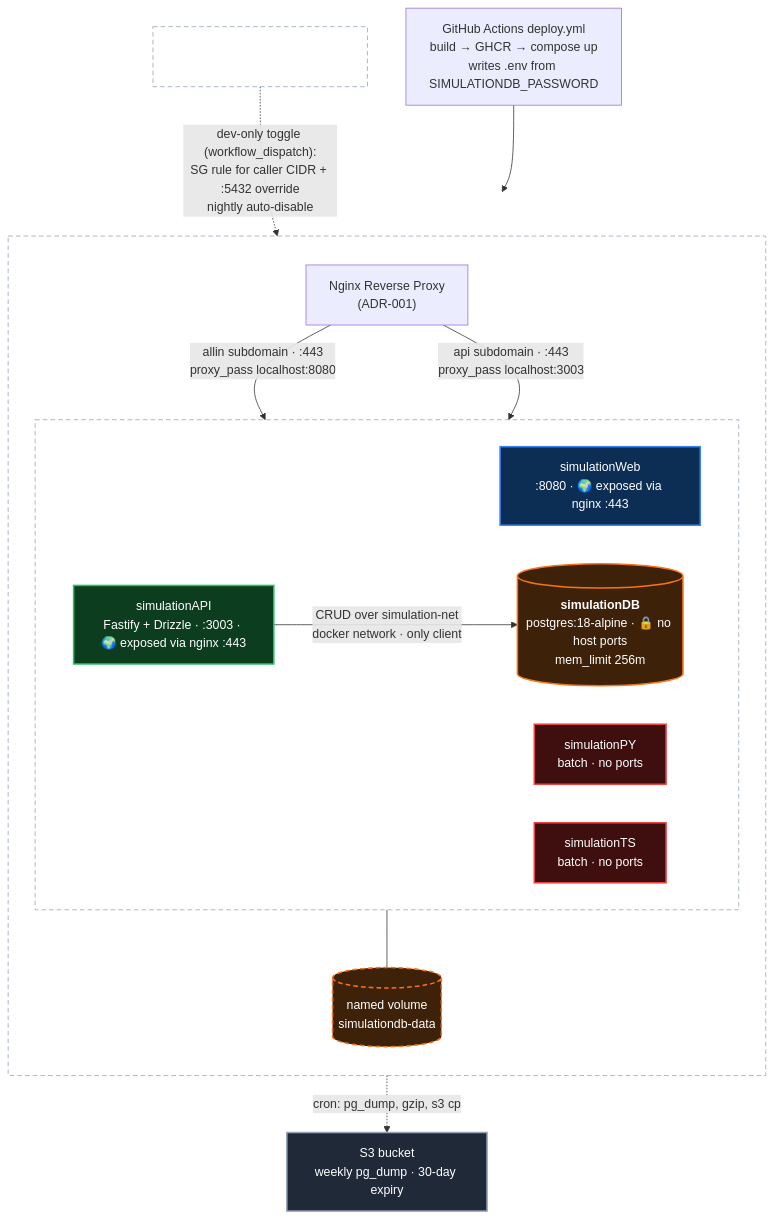
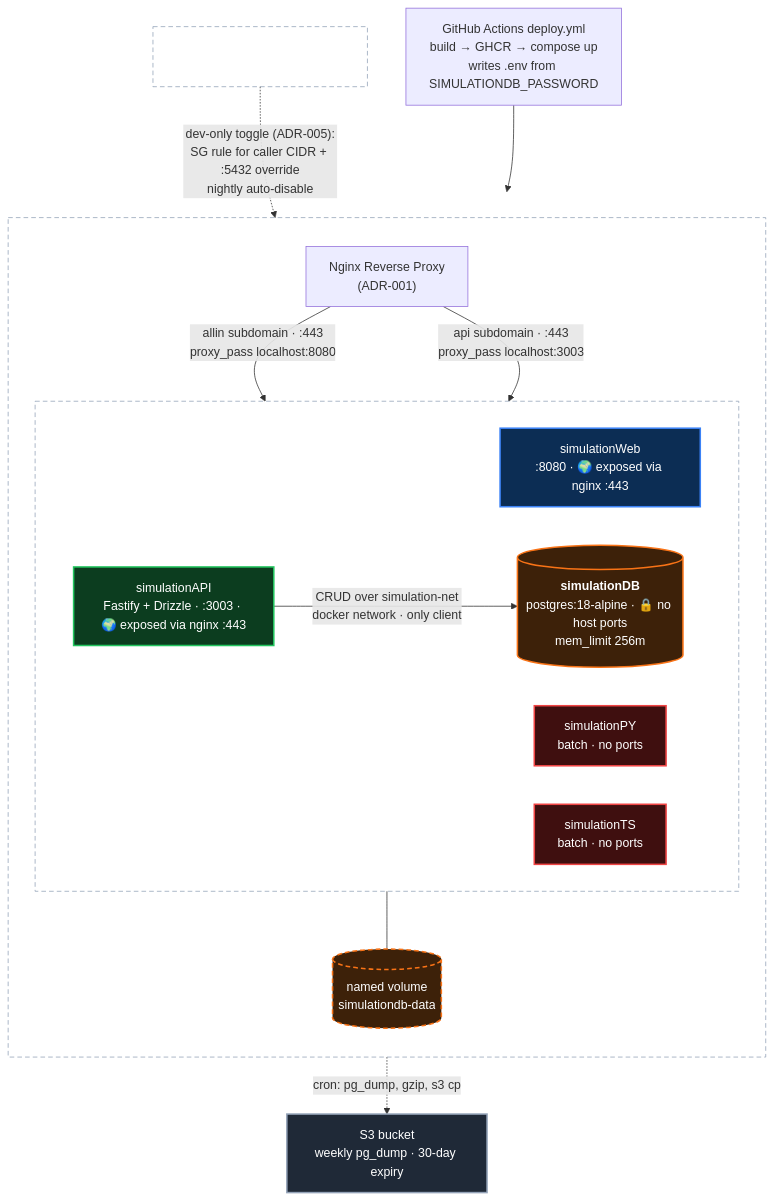
The diagram in docs/adr/003-simulationdb-container.md (jbframe/big-equity), drawn with Mermaid before and after one commit. The commit also changed other lines of this file and 1 other file, not shown here.

````diff
--- a/docs/adr/003-simulationdb-container.md
+++ b/docs/adr/003-simulationdb-container.md
@@ -89,36 +87,36 @@
 ```mermaid
 graph TD
     Dev["developer<br/>db.makejohnacoffee.com:5432"]
     subgraph EC2["AWS EC2 Instance"]
         direction TB
         Nginx["Nginx Reverse Proxy<br/>(ADR-001)"]
         subgraph Docker["Docker containers"]
             direction LR
             Web["simulationWeb<br/>:8080 · 🌍 exposed via nginx :443"]
             API["simulationAPI<br/>Fastify + Drizzle · :3003 · 🌍 exposed via nginx :443"]
             PY["simulationPY<br/>batch · no ports"]
             TS["simulationTS<br/>batch · no ports"]
             DB[("<b>simulationDB</b><br/>postgres:18-alpine · 🔒 no host ports<br/>mem_limit 256m")]
         end
         Vol[("named volume<br/>simulationdb-data")]
         Nginx -- "allin subdomain · :443<br/>proxy_pass localhost:8080" --> Web
         Nginx -- "api subdomain · :443<br/>proxy_pass localhost:3003" --> API
         API -- "CRUD over simulation-net<br/>docker network · only client" --> DB
         DB --- Vol
     end
     S3["S3 bucket<br/>weekly pg_dump · 30-day expiry"]
     DB -. "cron: pg_dump, gzip, s3 cp" .-> S3
-    Dev -. "dev-only toggle (workflow_dispatch):<br/>SG rule for caller CIDR + :5432 override<br/>nightly auto-disable" .-> DB
+    Dev -. "dev-only toggle (ADR-005):<br/>SG rule for caller CIDR + :5432 override<br/>nightly auto-disable" .-> DB
     CI["GitHub Actions deploy.yml<br/>build → GHCR → compose up<br/>writes .env from SIMULATIONDB_PASSWORD"] --> Docker
 
     style DB fill:#3d2109,stroke:#f97316,stroke-width:2px,color:#ffffff
     style Vol fill:#3d2109,stroke:#f97316,stroke-width:2px,stroke-dasharray:6 4,color:#ffffff
     style API fill:#0c3d1f,stroke:#22c55e,stroke-width:2px,color:#ffffff
     style Web fill:#0c2d54,stroke:#3b82f6,stroke-width:2px,color:#ffffff
     style PY fill:#3f0f0f,stroke:#ef4444,stroke-width:2px,color:#ffffff
     style TS fill:#3f0f0f,stroke:#ef4444,stroke-width:2px,color:#ffffff
     style S3 fill:#1f2937,stroke:#94a3b8,stroke-width:2px,color:#ffffff
     style Dev fill:transparent,stroke:#94a3b8,stroke-dasharray:6 4,color:#ffffff
     style EC2 fill:transparent,stroke:#94a3b8,stroke-dasharray:6 4,color:#ffffff
     style Docker fill:transparent,stroke:#94a3b8,stroke-dasharray:6 4,color:#ffffff
 ```
````
